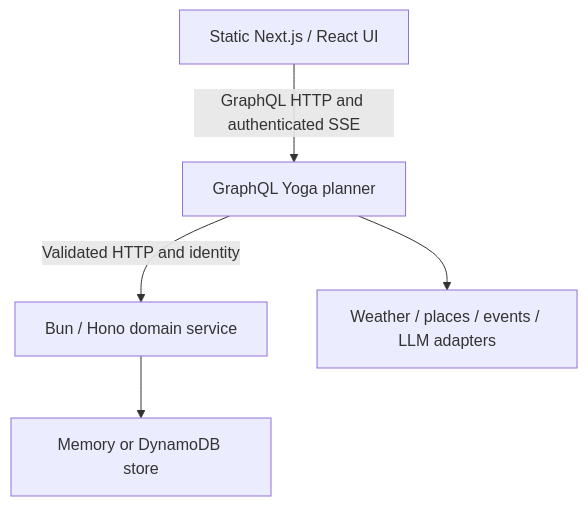
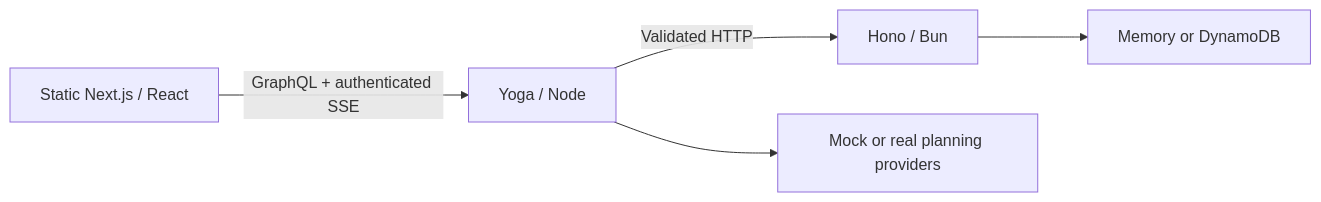
The diagram in docs/architecture.md (aaron-wilson/graph-rest-react-stack), drawn with Mermaid before and after one commit. The commit also changed other lines of this file and 22 other files, not shown here.

````diff
--- a/docs/architecture.md
+++ b/docs/architecture.md
@@ -5,7 +5,7 @@
 ```mermaid
-flowchart TD
-  UI[Static Next.js / React UI] -->|GraphQL HTTP and authenticated SSE| Graph[GraphQL Yoga planner]
-  Graph -->|Validated HTTP and identity| REST[Bun / Hono domain service]
-  Graph --> Providers[Weather / places / events / LLM adapters]
-  REST --> Store[Memory or DynamoDB store]
+flowchart LR
+  UI[Static Next.js / React] -->|GraphQL + authenticated SSE| Graph[Yoga / Node]
+  Graph -->|Validated HTTP| REST[Hono / Bun]
+  Graph --> Providers[Mock or real planning providers]
+  REST --> Store[Memory or DynamoDB]
 ```
````
